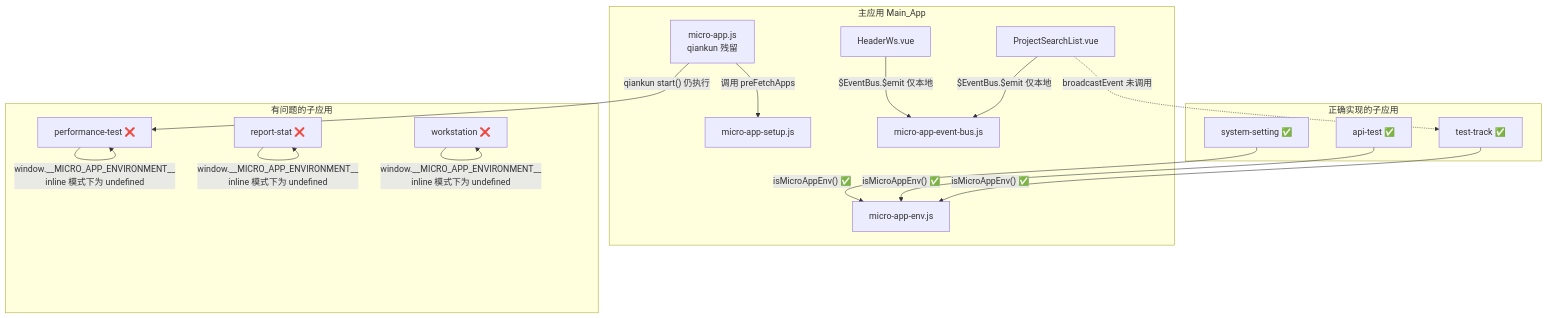
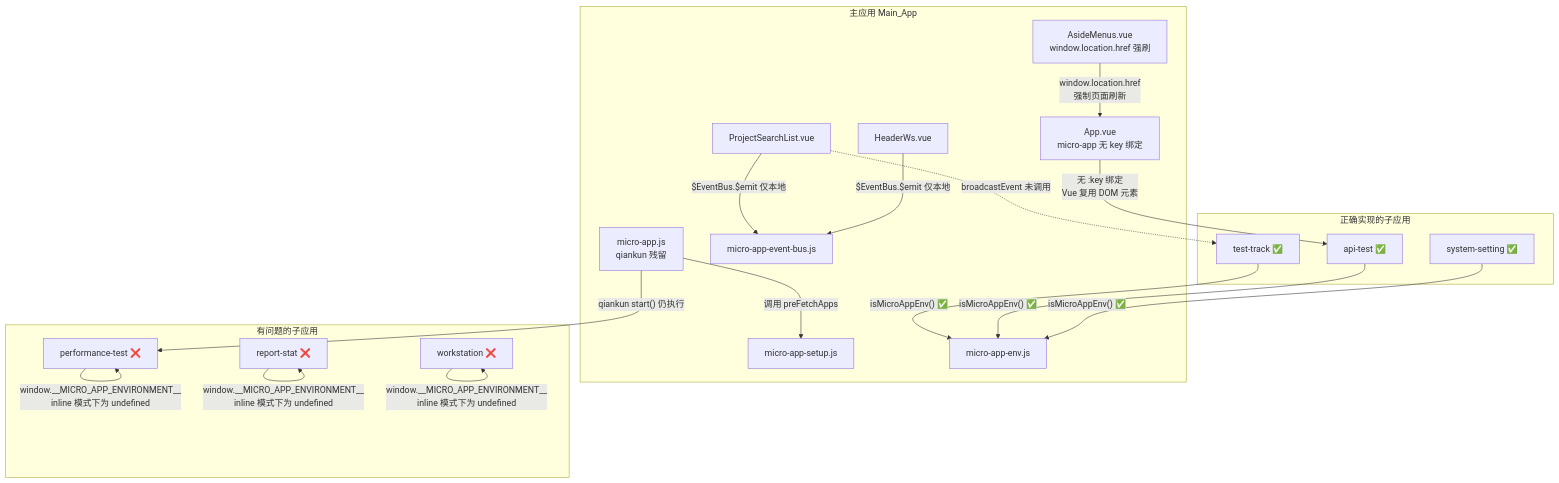
One commit to sdwurg180507280211/metersphere changed the first of 2 diagrams in .kiro/specs/micro-app-bugfix/design.md. Above: the diagram before and after it, drawn with Mermaid. The commit also changed other lines of this file and 7 other files, not shown here.

````diff
--- a/.kiro/specs/micro-app-bugfix/design.md
+++ b/.kiro/specs/micro-app-bugfix/design.md
@@ -13,37 +13,41 @@
 ```mermaid
 graph TB
     subgraph "主应用 Main_App"
+        AV[App.vue<br/>micro-app 无 key 绑定]
+        AM[AsideMenus.vue<br/>window.location.href 强刷]
         PSL[ProjectSearchList.vue]
         HWS[HeaderWs.vue]
         MAJ[micro-app.js<br/>qiankun 残留]
         MAS[micro-app-setup.js]
         EB[micro-app-event-bus.js]
         ENV[micro-app-env.js]
     end
 
     subgraph "正确实现的子应用"
         TT[test-track ✅]
         API[api-test ✅]
         SS[system-setting ✅]
     end
 
     subgraph "有问题的子应用"
         PT[performance-test ❌]
         RS[report-stat ❌]
         WS[workstation ❌]
     end
 
+    AM -->|"window.location.href<br/>强制页面刷新"| AV
+    AV -->|"无 :key 绑定<br/>Vue 复用 DOM 元素"| API
     PSL -->|"$EventBus.$emit 仅本地"| EB
     HWS -->|"$EventBus.$emit 仅本地"| EB
     PSL -.->|"broadcastEvent 未调用"| TT
     MAJ -->|"qiankun start() 仍执行"| PT
     MAJ -->|"调用 preFetchApps"| MAS
 
     PT -->|"window.__MICRO_APP_ENVIRONMENT__<br/>inline 模式下为 undefined"| PT
     RS -->|"window.__MICRO_APP_ENVIRONMENT__<br/>inline 模式下为 undefined"| RS
     WS -->|"window.__MICRO_APP_ENVIRONMENT__<br/>inline 模式下为 undefined"| WS
 
     TT -->|"isMicroAppEnv() ✅"| ENV
     API -->|"isMicroAppEnv() ✅"| ENV
     SS -->|"isMicroAppEnv() ✅"| ENV
 ```
````
